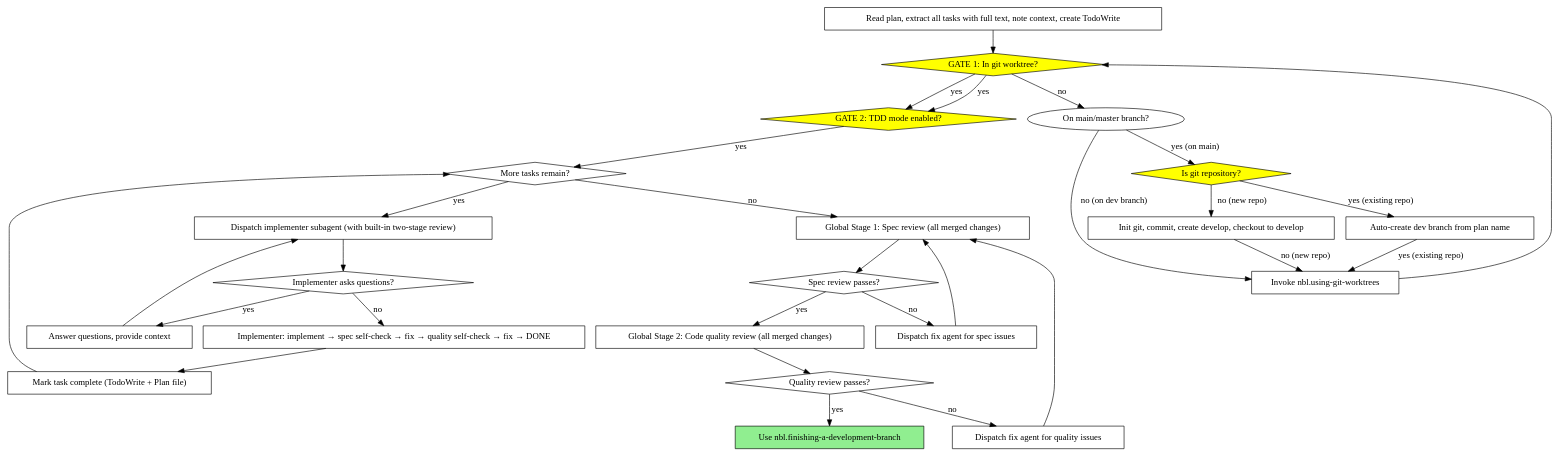
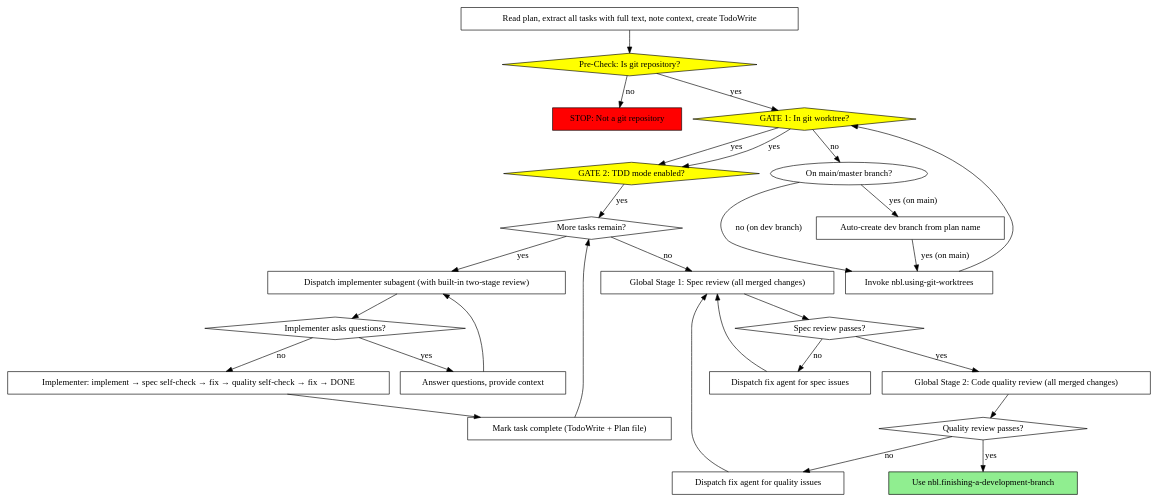
One commit to icefrag/guozhi-claude-code changed the second of 2 diagrams in skills/nbl.subagent-driven-development/SKILL.md. Above: the diagram before and after it, drawn with Graphviz. The commit also changed other lines of this file and 4 other files, not shown here.

````diff
--- a/skills/nbl.subagent-driven-development/SKILL.md
+++ b/skills/nbl.subagent-driven-development/SKILL.md
@@ -73,53 +73,53 @@
 ```dot
 digraph process {
     rankdir=TB;
 
     "Read plan, extract all tasks with full text, note context, create TodoWrite" [shape=box];
+    "Pre-Check: Is git repository?" [shape=diamond style=filled fillcolor=yellow];
+    "STOP: Not a git repository" [shape=box style=filled fillcolor=red];
     "GATE 1: In git worktree?" [shape=diamond style=filled fillcolor=yellow];
-    "Is git repository?" [shape=diamond style=filled fillcolor=yellow];
-    "Init git, commit, create develop, checkout to develop" [shape=box];
     "Auto-create dev branch from plan name" [shape=box];
     "Invoke nbl.using-git-worktrees" [shape=box];
     "GATE 2: TDD mode enabled?" [shape=diamond style=filled fillcolor=yellow];
     "More tasks remain?" [shape=diamond];
     "Dispatch implementer subagent (with built-in two-stage review)" [shape=box];
     "Implementer asks questions?" [shape=diamond];
     "Answer questions, provide context" [shape=box];
     "Implementer: implement → spec self-check → fix → quality self-check → fix → DONE" [shape=box];
     "Mark task complete (TodoWrite + Plan file)" [shape=box];
     "Global Stage 1: Spec review (all merged changes)" [shape=box];
     "Spec review passes?" [shape=diamond];
     "Dispatch fix agent for spec issues" [shape=box];
     "Global Stage 2: Code quality review (all merged changes)" [shape=box];
     "Quality review passes?" [shape=diamond];
     "Dispatch fix agent for quality issues" [shape=box];
     "Use nbl.finishing-a-development-branch" [shape=box style=filled fillcolor=lightgreen];
 
-    "Read plan, extract all tasks with full text, note context, create TodoWrite" -> "GATE 1: In git worktree?";
+    "Read plan, extract all tasks with full text, note context, create TodoWrite" -> "Pre-Check: Is git repository?";
+    "Pre-Check: Is git repository?" -> "STOP: Not a git repository" [label="no"];
+    "Pre-Check: Is git repository?" -> "GATE 1: In git worktree?" [label="yes"];
     "GATE 1: In git worktree?" -> "GATE 2: TDD mode enabled?" [label="yes"];
     "GATE 1: In git worktree?" -> "On main/master branch?" [label="no"];
     "On main/master branch?" -> "Invoke nbl.using-git-worktrees" [label="no (on dev branch)"];
-    "On main/master branch?" -> "Is git repository?" [label="yes (on main)"];
-    "Is git repository?" -> "Auto-create dev branch from plan name" -> "Invoke nbl.using-git-worktrees" [label="yes (existing repo)"];
-    "Is git repository?" -> "Init git, commit, create develop, checkout to develop" -> "Invoke nbl.using-git-worktrees" [label="no (new repo)"];
+    "On main/master branch?" -> "Auto-create dev branch from plan name" -> "Invoke nbl.using-git-worktrees" [label="yes (on main)"];
     "Invoke nbl.using-git-worktrees" -> "GATE 1: In git worktree?";
     "GATE 1: In git worktree?" -> "GATE 2: TDD mode enabled?" [label="yes"];
     "GATE 2: TDD mode enabled?" -> "More tasks remain?" [label="yes"];
     "More tasks remain?" -> "Dispatch implementer subagent (with built-in two-stage review)" [label="yes"];
     "Dispatch implementer subagent (with built-in two-stage review)" -> "Implementer asks questions?";
     "Implementer asks questions?" -> "Answer questions, provide context" [label="yes"];
     "Answer questions, provide context" -> "Dispatch implementer subagent (with built-in two-stage review)";
     "Implementer asks questions?" -> "Implementer: implement → spec self-check → fix → quality self-check → fix → DONE" [label="no"];
     "Implementer: implement → spec self-check → fix → quality self-check → fix → DONE" -> "Mark task complete (TodoWrite + Plan file)";
     "Mark task complete (TodoWrite + Plan file)" -> "More tasks remain?";
     "More tasks remain?" -> "Global Stage 1: Spec review (all merged changes)" [label="no"];
     "Global Stage 1: Spec review (all merged changes)" -> "Spec review passes?";
     "Spec review passes?" -> "Dispatch fix agent for spec issues" [label="no"];
     "Dispatch fix agent for spec issues" -> "Global Stage 1: Spec review (all merged changes)";
     "Spec review passes?" -> "Global Stage 2: Code quality review (all merged changes)" [label="yes"];
     "Global Stage 2: Code quality review (all merged changes)" -> "Quality review passes?";
     "Quality review passes?" -> "Dispatch fix agent for quality issues" [label="no"];
     "Dispatch fix agent for quality issues" -> "Global Stage 1: Spec review (all merged changes)";
     "Quality review passes?" -> "Use nbl.finishing-a-development-branch" [label="yes"];
 }
 ```
````
